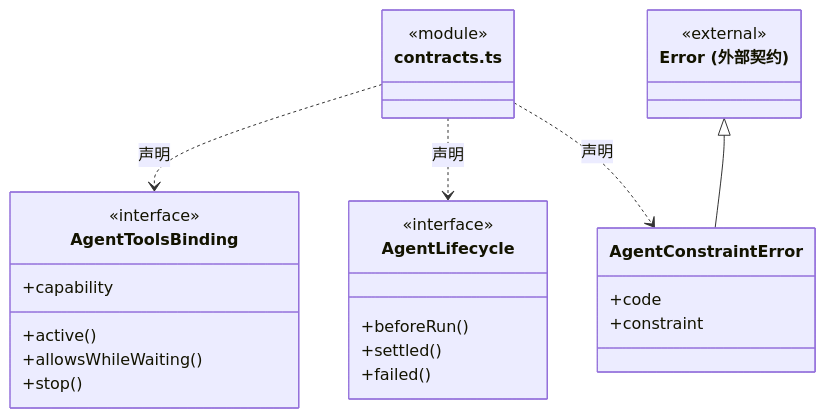
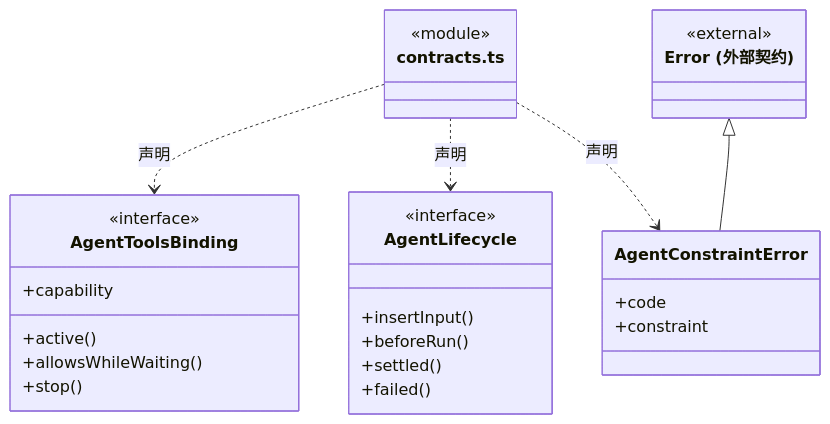
One commit to nan023062/cbim changed the third of 6 diagrams in src/logic/agents/ARCHITECTURE.md. Above: the diagram before and after it, drawn with Mermaid. The commit also changed other lines of this file and 23 other files, not shown here.

````diff
--- a/src/logic/agents/ARCHITECTURE.md
+++ b/src/logic/agents/ARCHITECTURE.md
@@ -92,30 +92,31 @@
 ```mermaid
 classDiagram
 class N_src_logic_agents_contracts_ts["contracts.ts"] {
   <<module>>
 }
 class N_src_logic_agents_contracts_ts_AgentToolsBinding["AgentToolsBinding"] {
   <<interface>>
   +capability
   +active()
   +allowsWhileWaiting()
   +stop()
 }
 N_src_logic_agents_contracts_ts ..> N_src_logic_agents_contracts_ts_AgentToolsBinding : 声明
 class N_src_logic_agents_contracts_ts_AgentLifecycle["AgentLifecycle"] {
   <<interface>>
+  +insertInput()
   +beforeRun()
   +settled()
   +failed()
 }
 N_src_logic_agents_contracts_ts ..> N_src_logic_agents_contracts_ts_AgentLifecycle : 声明
 class N_src_logic_agents_contracts_ts_AgentConstraintError["AgentConstraintError"] {
   +code
   +constraint
 }
 N_src_logic_agents_contracts_ts ..> N_src_logic_agents_contracts_ts_AgentConstraintError : 声明
 class N_src_logic_agents_contracts_ts_external_Error["Error (外部契约)"] {
   <<external>>
 }
 N_src_logic_agents_contracts_ts_external_Error <|-- N_src_logic_agents_contracts_ts_AgentConstraintError
 ```
````
